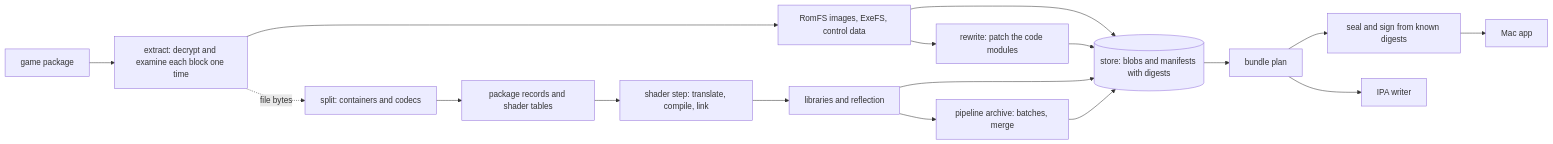
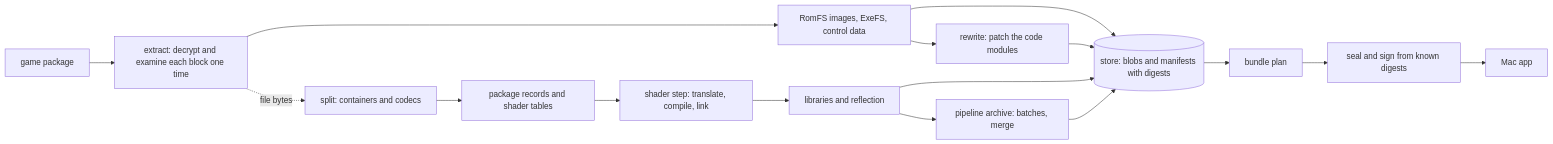
Before and after one commit to b4f8abbb24dbf56a7d0280f296e16eeb/nxkit: the second of 2 diagrams in docs/architecture.md, drawn with Mermaid. The commit also changed other lines of this file and 376 other files, not shown here.

````diff
--- a/docs/architecture.md
+++ b/docs/architecture.md
@@ -128,16 +126,15 @@
 ```mermaid
 flowchart LR
   PK["game package"] --> EX["extract: decrypt and examine each block one time"]
   EX --> IMG["RomFS images, ExeFS, control data"]
   EX -. "file bytes" .-> SP["split: containers and codecs"]
   SP --> REC["package records and shader tables"]
   IMG --> RW["rewrite: patch the code modules"]
   REC --> SH["shader step: translate, compile, link"]
   SH --> LIB["libraries and reflection"]
   LIB --> PSO["pipeline archive: batches, merge"]
   IMG & RW & LIB & PSO --> ST[("store: blobs and manifests with digests")]
   ST --> PLAN["bundle plan"]
   PLAN --> SEAL["seal and sign from known digests"]
   SEAL --> APP["Mac app"]
-  PLAN --> ZIP["IPA writer"]
 ```
````
